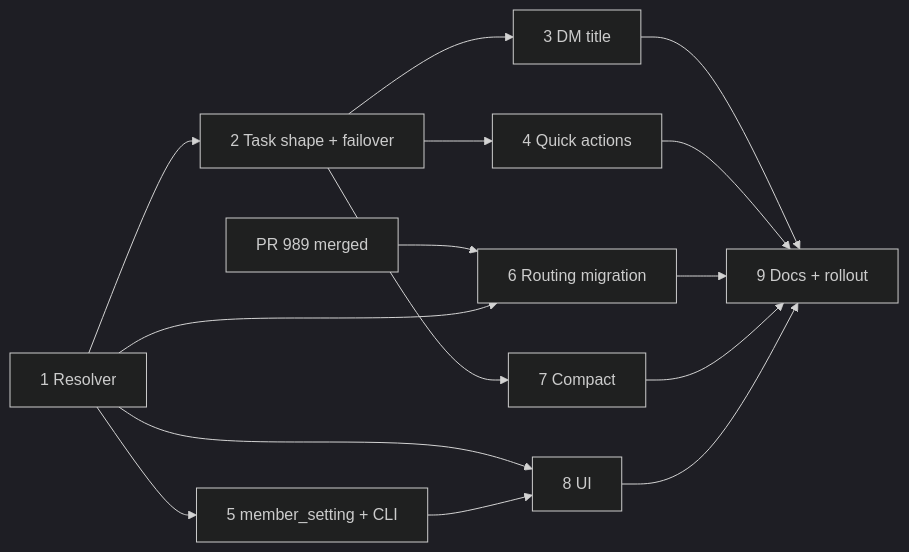
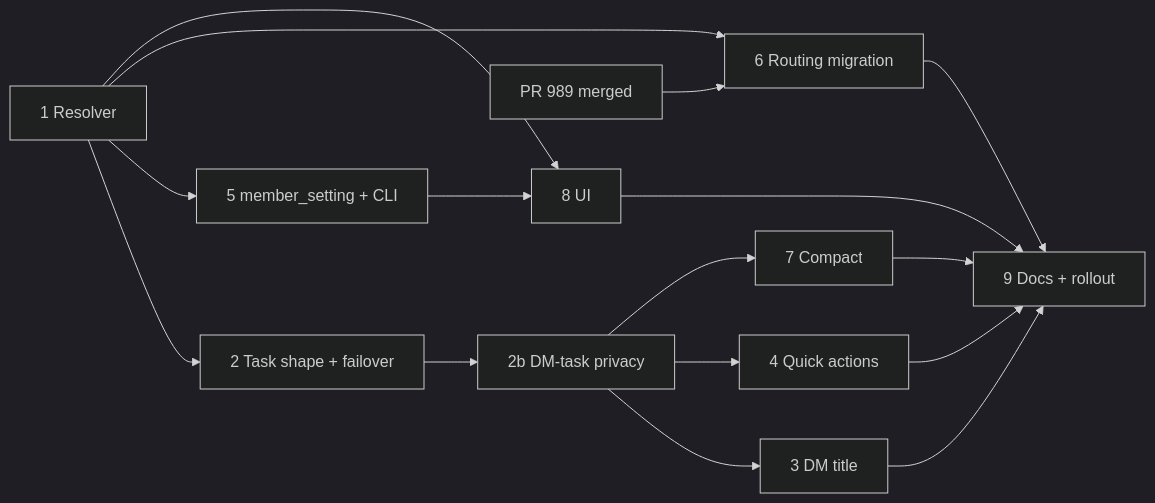
The second of 2 diagrams in docs/designs/background-agents.md (cheese-work/multica), drawn with Mermaid (dark theme) before and after one commit. The commit also changed other lines of this file, not shown here.

Commit message:
docs(design): specify DM-derived background task privacy (CHE-3703)

````diff
--- a/docs/designs/background-agents.md
+++ b/docs/designs/background-agents.md
@@ -236,17 +251,18 @@
 ```mermaid
 flowchart LR
   L1[1 Resolver] --> L2[2 Task shape + failover]
-  L2 --> L3[3 DM title]
-  L2 --> L4[4 Quick actions]
+  L2 --> L2b[2b DM-task privacy]
+  L2b --> L3[3 DM title]
+  L2b --> L4[4 Quick actions]
   L1 --> L5[5 member_setting + CLI]
-  L2 --> L7[7 Compact]
+  L2b --> L7[7 Compact]
   P989[PR 989 merged] --> L6[6 Routing migration]
   L1 --> L6
   L1 --> L8[8 UI]
   L5 --> L8
   L3 --> L9[9 Docs + rollout]
   L4 --> L9
   L6 --> L9
   L7 --> L9
   L8 --> L9
 ```
````
